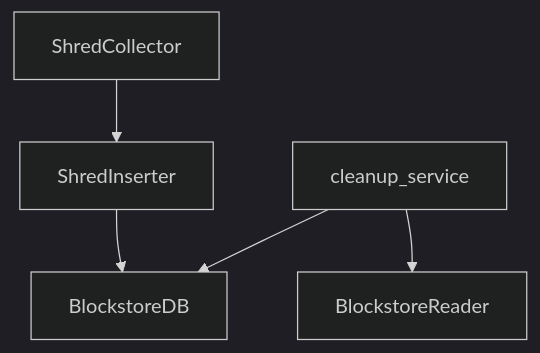
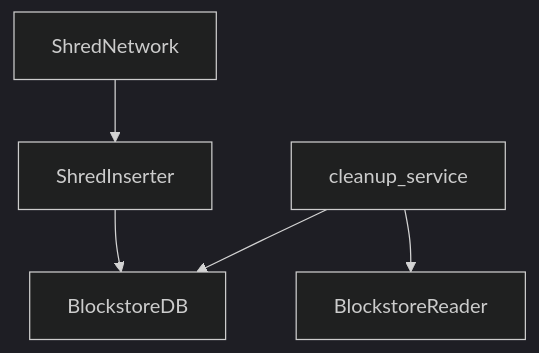
Before and after one commit to Syndica/sig: the diagram in src/ledger/readme.md, drawn with Mermaid (dark theme). The commit also changed other lines of this file and 6 other files, not shown here.

Commit message:
rename shred collector to shred network

````diff
--- a/src/ledger/readme.md
+++ b/src/ledger/readme.md
@@ -70,7 +70,7 @@
 ```mermaid
 graph TD
-    A[ShredCollector] --> B[ShredInserter]
+    A[ShredNetwork] --> B[ShredInserter]
     B --> C[BlockstoreDB]
     D[cleanup_service] --> C
     D --> E[BlockstoreReader]
 ```
````
